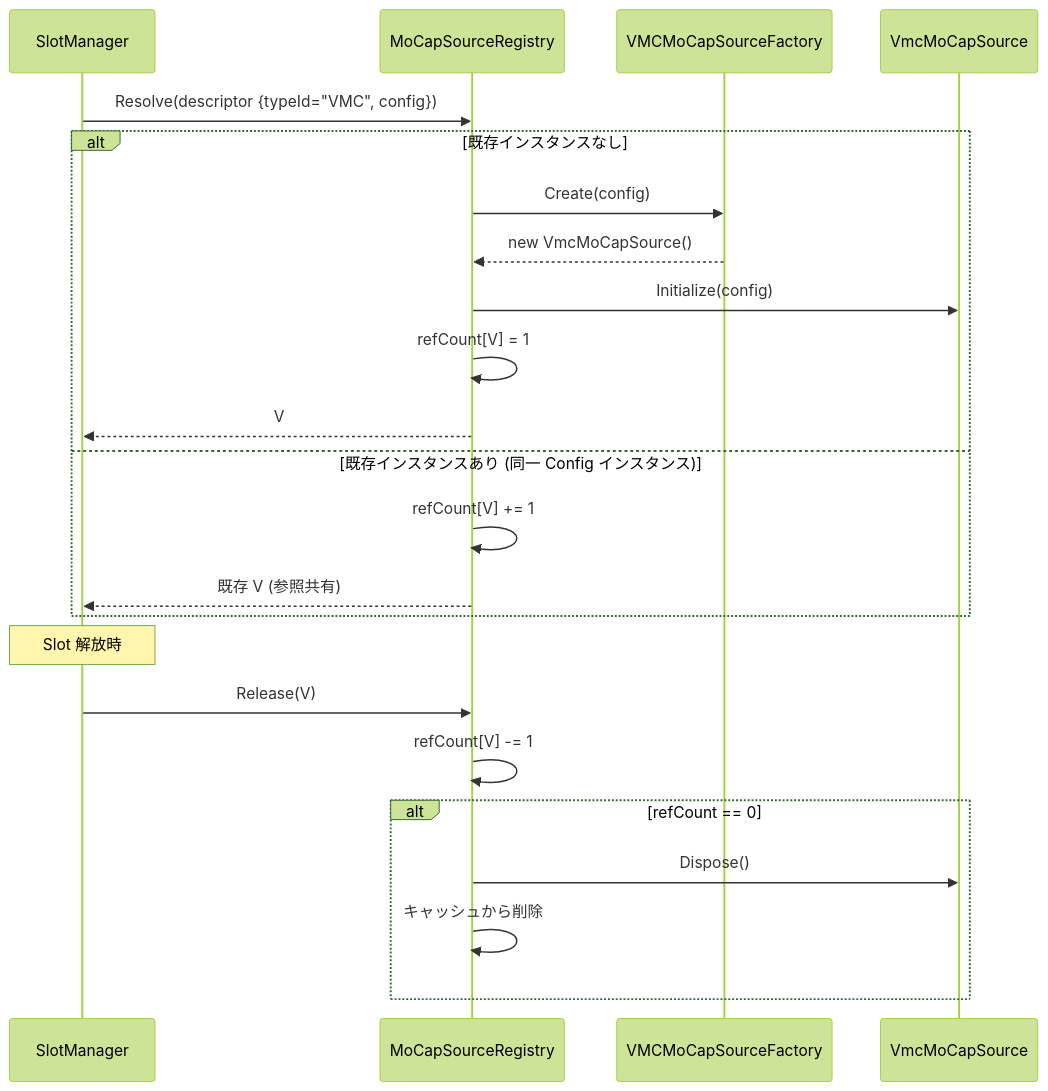
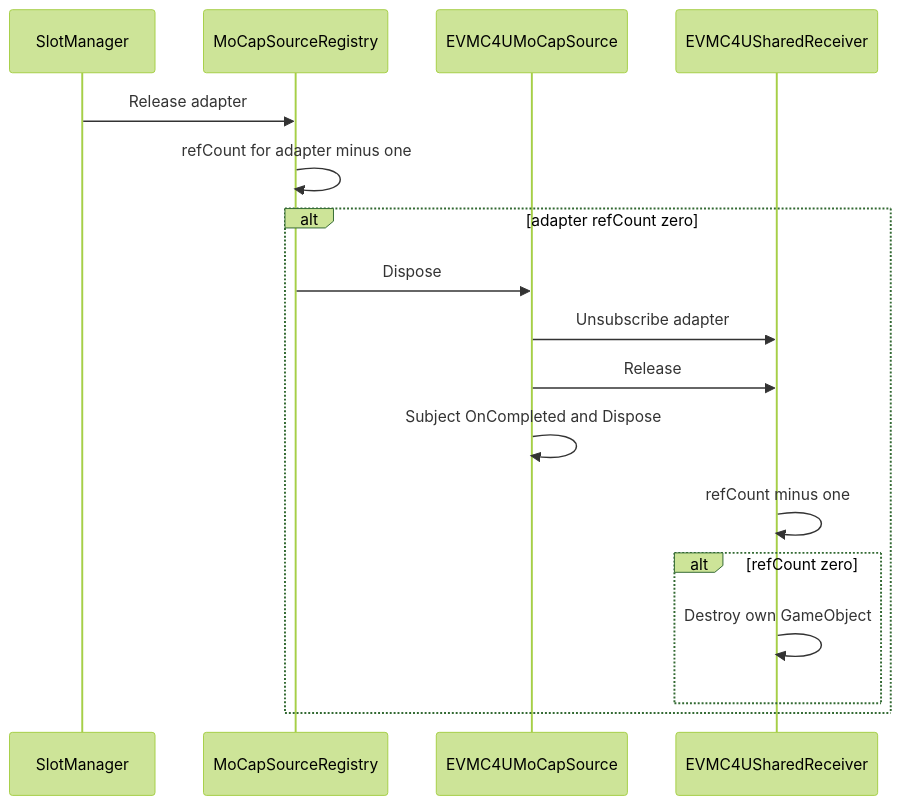
The third of 5 diagrams in .kiro/specs/mocap-vmc/design.md (UNVGI/RealtimeAvatarController), drawn with Mermaid (forest theme) before and after one commit. The commit also changed other lines of this file and 2 other files, not shown here.

Commit message:
Update design.md, spec.json, BuiltinAvatarProviderConfig_AvatarA.asset

````diff
--- a/.kiro/specs/mocap-vmc/design.md
+++ b/.kiro/specs/mocap-vmc/design.md
@@ -728,27 +370,20 @@
 ```mermaid
 sequenceDiagram
-    participant SM as SlotManager
-    participant R as MoCapSourceRegistry
-    participant F as VMCMoCapSourceFactory
-    participant V as VmcMoCapSource
+  participant SM as SlotManager
+  participant MR as MoCapSourceRegistry
+  participant A as EVMC4UMoCapSource
+  participant S as EVMC4USharedReceiver
 
-    SM->>R: Resolve(descriptor {typeId="VMC", config})
-    alt 既存インスタンスなし
-        R->>F: Create(config)
-        F-->>R: new VmcMoCapSource()
-        R->>V: Initialize(config)
-        R->>R: refCount[V] = 1
-        R-->>SM: V
-    else 既存インスタンスあり (同一 Config インスタンス)
-        R->>R: refCount[V] += 1
-        R-->>SM: 既存 V (参照共有)
+  SM->>MR: Release adapter
+  MR->>MR: refCount for adapter minus one
+  alt adapter refCount zero
+    MR->>A: Dispose
+    A->>S: Unsubscribe adapter
+    A->>S: Release
+    A->>A: Subject OnCompleted and Dispose
+    S->>S: refCount minus one
+    alt refCount zero
+      S->>S: Destroy own GameObject
     end
-
-    Note over SM: Slot 解放時
-    SM->>R: Release(V)
-    R->>R: refCount[V] -= 1
-    alt refCount == 0
-        R->>V: Dispose()
-        R->>R: キャッシュから削除
-    end
+  end
 ```
````
